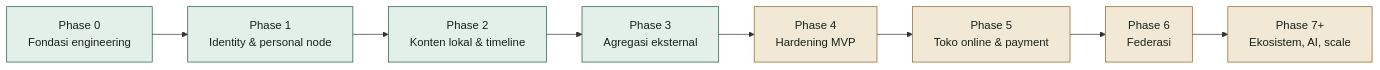
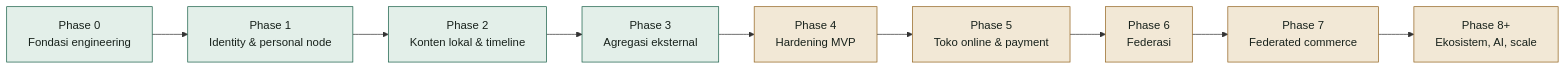
The first of 2 diagrams in documentation/PROGRESS-REPORT.id.md (kukuhtw/fpdp), drawn with Mermaid before and after one commit. The commit also changed other lines of this file and 5 other files, not shown here.

Commit message:
docs: update progress report and roadmap to reflect changes for Phase 7 - Federated Commerce

````diff
--- a/documentation/PROGRESS-REPORT.id.md
+++ b/documentation/PROGRESS-REPORT.id.md
@@ -23,16 +23,17 @@
 ```mermaid
 flowchart LR
     P0["Phase 0<br/>Fondasi engineering"] --> P1["Phase 1<br/>Identity & personal node"]
     P1 --> P2["Phase 2<br/>Konten lokal & timeline"]
     P2 --> P3["Phase 3<br/>Agregasi eksternal"]
     P3 --> P4["Phase 4<br/>Hardening MVP"]
     P4 --> P5["Phase 5<br/>Toko online & payment"]
     P5 --> P6["Phase 6<br/>Federasi"]
-    P6 --> P7["Phase 7+<br/>Ekosistem, AI, scale"]
+    P6 --> P7["Phase 7<br/>Federated commerce"]
+    P7 --> P8["Phase 8+<br/>Ekosistem, AI, scale"]
 
     classDef done fill:#e3efe9,stroke:#185f48,color:#17211b;
     classDef partial fill:#f2e8d6,stroke:#93631e,color:#17211b;
     classDef planned fill:#f1e3e1,stroke:#a13d37,color:#17211b;
     class P0,P1,P2,P3 done;
-    class P4,P5,P6,P7 partial;
+    class P4,P5,P6,P7,P8 partial;
 ```
````
